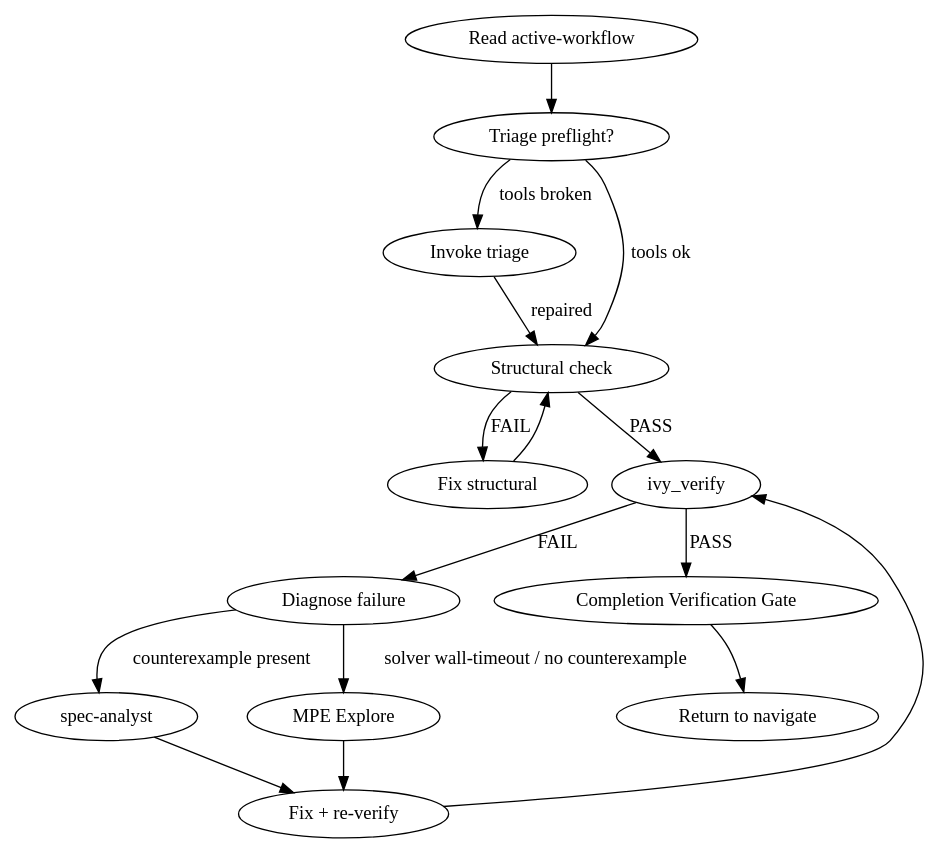
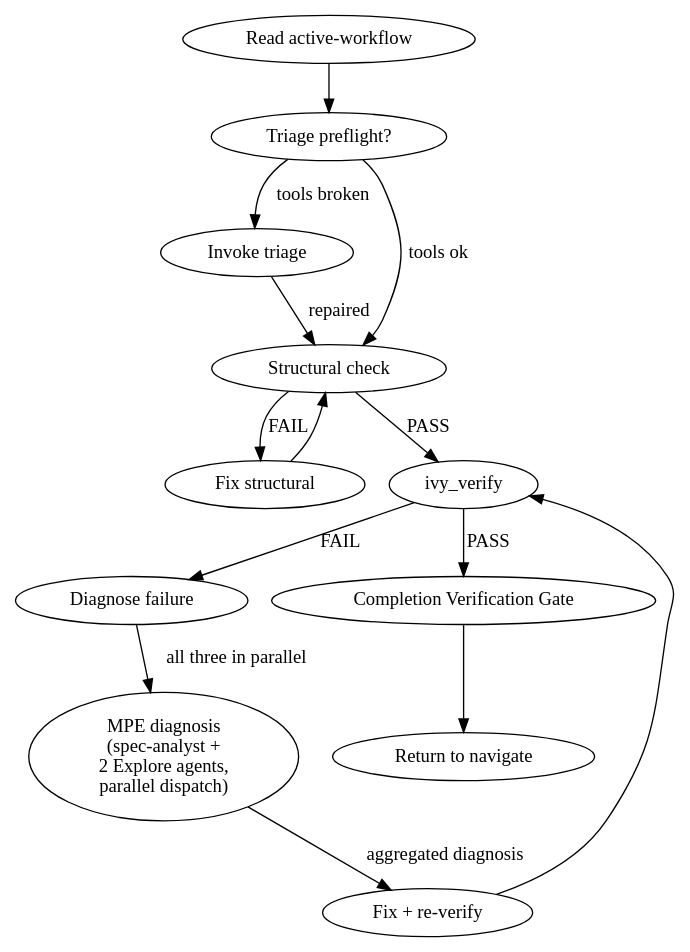
The diagram in plugins/panther-ivy-plugin/skills/workflow-verify/SKILL.md (ElNiak/panther-ivy-plugin), drawn with Graphviz before and after one commit.

Commit message:
docs(plugin): fix workflow-verify digraph — Phase 6 dispatches MPE in parallel, not alternatives
Advisor caught a modeling error in Commit 4's Process Flow extension. The
edit modeled "spec-analyst" and "MPE Explore" as alternative branches
based on counterexample presence. The reality (per
references/failure-diagnosis.md line 50: "Agents (dispatch all 3 in
parallel): spec-analyst + Conservative Architect Explore + Adversarial
Auditor Explore") is that all three agents run in parallel as the MPE
itself.

Replace the `or` branching with a single "MPE diagnosis (spec-analyst +
2 Explore agents, parallel dispatch)" node so the digraph matches the
actual Phase 6 dispatch contract.

````diff
--- a/plugins/panther-ivy-plugin/skills/workflow-verify/SKILL.md
+++ b/plugins/panther-ivy-plugin/skills/workflow-verify/SKILL.md
@@ -80,19 +80,17 @@
 ```dot
 digraph verify_flow {
   "Read active-workflow" -> "Triage preflight?";
   "Triage preflight?" -> "Invoke triage" [label="tools broken"];
   "Triage preflight?" -> "Structural check" [label="tools ok"];
   "Invoke triage" -> "Structural check" [label="repaired"];
   "Structural check" -> "Fix structural" [label="FAIL"];
   "Fix structural" -> "Structural check";
   "Structural check" -> "ivy_verify" [label="PASS"];
   "ivy_verify" -> "Diagnose failure" [label="FAIL"];
-  "Diagnose failure" -> "spec-analyst" [label="counterexample present"];
-  "Diagnose failure" -> "MPE Explore" [label="solver wall-timeout / no counterexample"];
-  "spec-analyst" -> "Fix + re-verify";
-  "MPE Explore" -> "Fix + re-verify";
+  "Diagnose failure" -> "MPE diagnosis\n(spec-analyst +\n2 Explore agents,\nparallel dispatch)" [label="all three in parallel"];
+  "MPE diagnosis\n(spec-analyst +\n2 Explore agents,\nparallel dispatch)" -> "Fix + re-verify" [label="aggregated diagnosis"];
   "Fix + re-verify" -> "ivy_verify";
   "ivy_verify" -> "Completion Verification Gate" [label="PASS"];
   "Completion Verification Gate" -> "Return to navigate";
 }
 ```
````
